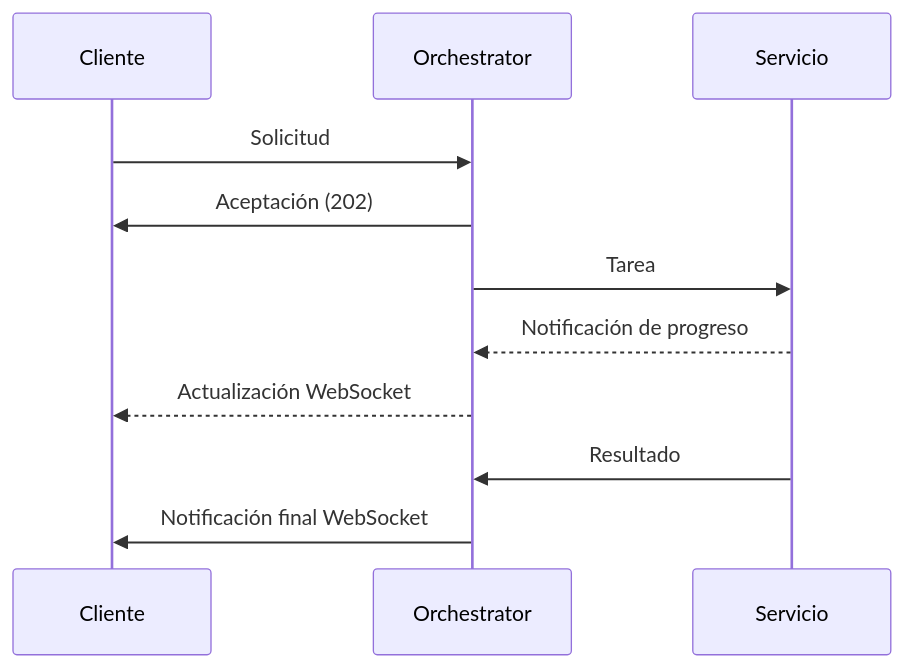
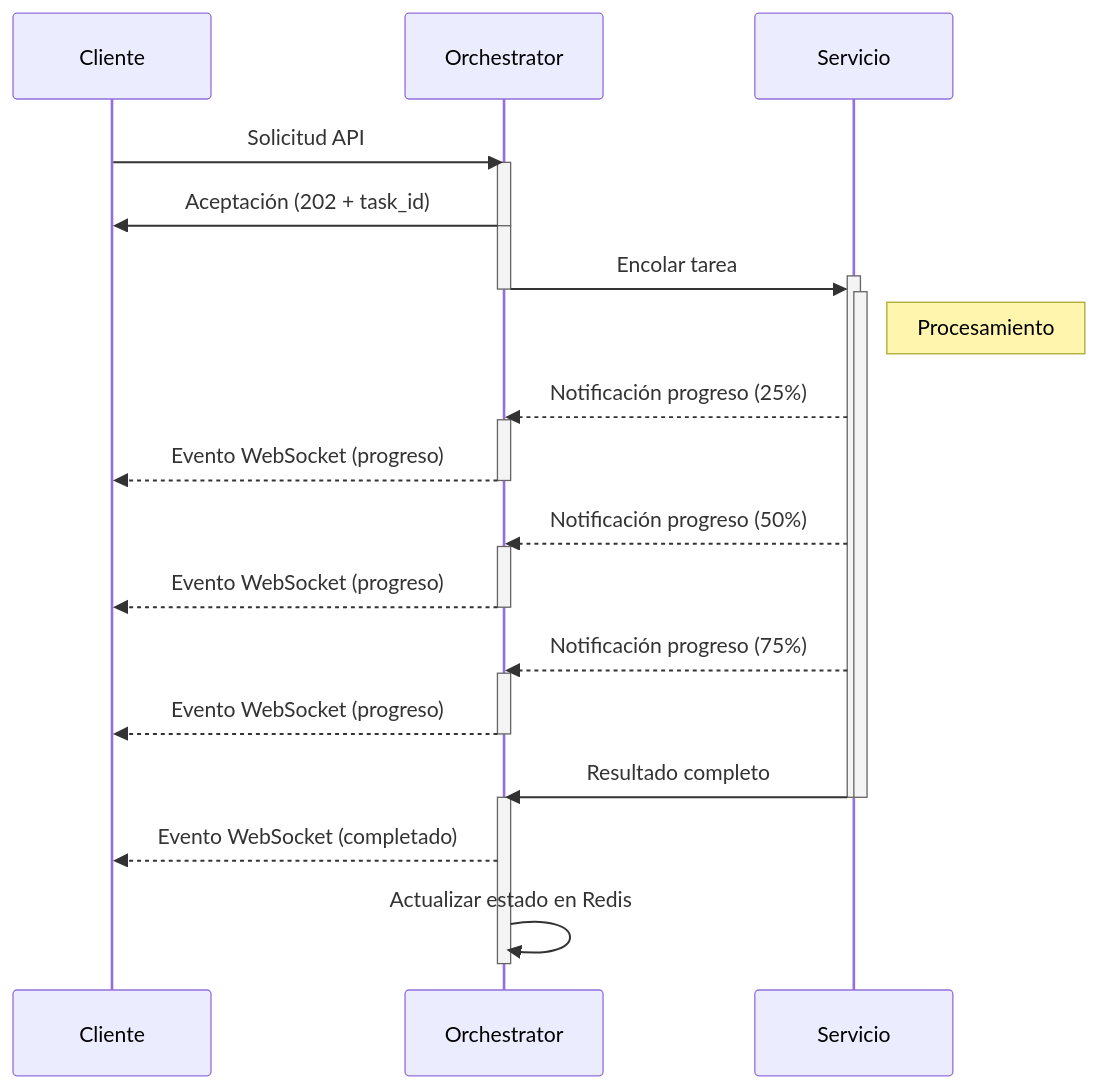
One commit to kkvrivishvili/nooble3 changed the second of 8 diagrams in backend/docs/agent-orchestrator-service/communication/internal/internal_communication.md. Above: the diagram before and after it, drawn with Mermaid. The commit also changed other lines of this file and 7 other files, not shown here.

````diff
--- a/backend/docs/agent-orchestrator-service/communication/internal/internal_communication.md
+++ b/backend/docs/agent-orchestrator-service/communication/internal/internal_communication.md
@@ -111,14 +217,40 @@
 ```mermaid
 sequenceDiagram
     participant C as Cliente
     participant O as Orchestrator
     participant S as Servicio
     
-    C->>O: Solicitud
-    O->>C: Aceptación (202)
-    O->>S: Tarea
-    S-->>O: Notificación de progreso
-    O-->>C: Actualización WebSocket
-    S->>O: Resultado
-    O->>C: Notificación final WebSocket
+    C->>O: Solicitud API
+    activate O
+    O->>C: Aceptación (202 + task_id)
+    deactivate O
+    
+    activate O
+    O->>+S: Encolar tarea
+    deactivate O
+    
+    activate S
+    Note right of S: Procesamiento
+    S-->>O: Notificación progreso (25%)
+    activate O
+    O-->>C: Evento WebSocket (progreso)
+    deactivate O
+    
+    S-->>O: Notificación progreso (50%)
+    activate O
+    O-->>C: Evento WebSocket (progreso)
+    deactivate O
+    
+    S-->>O: Notificación progreso (75%)
+    activate O
+    O-->>C: Evento WebSocket (progreso)
+    deactivate O
+    
+    S->>-O: Resultado completo
+    deactivate S
+    
+    activate O
+    O-->>C: Evento WebSocket (completado)
+    O->>O: Actualizar estado en Redis
+    deactivate O
 ```
````
